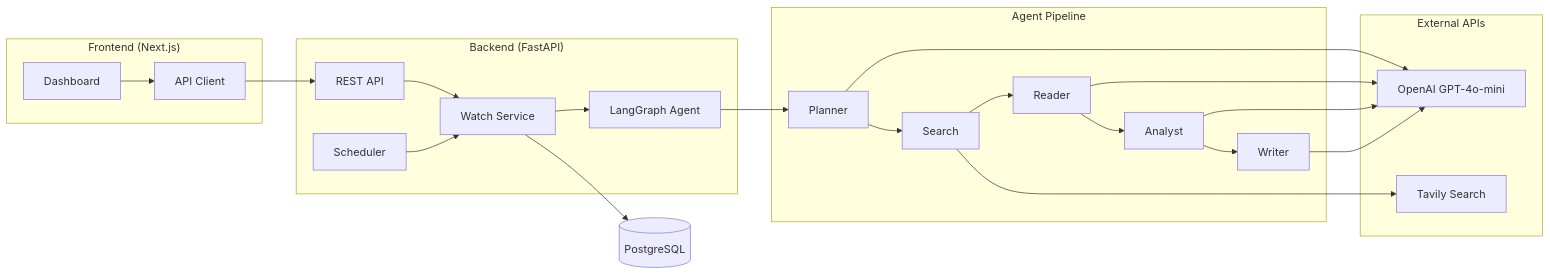
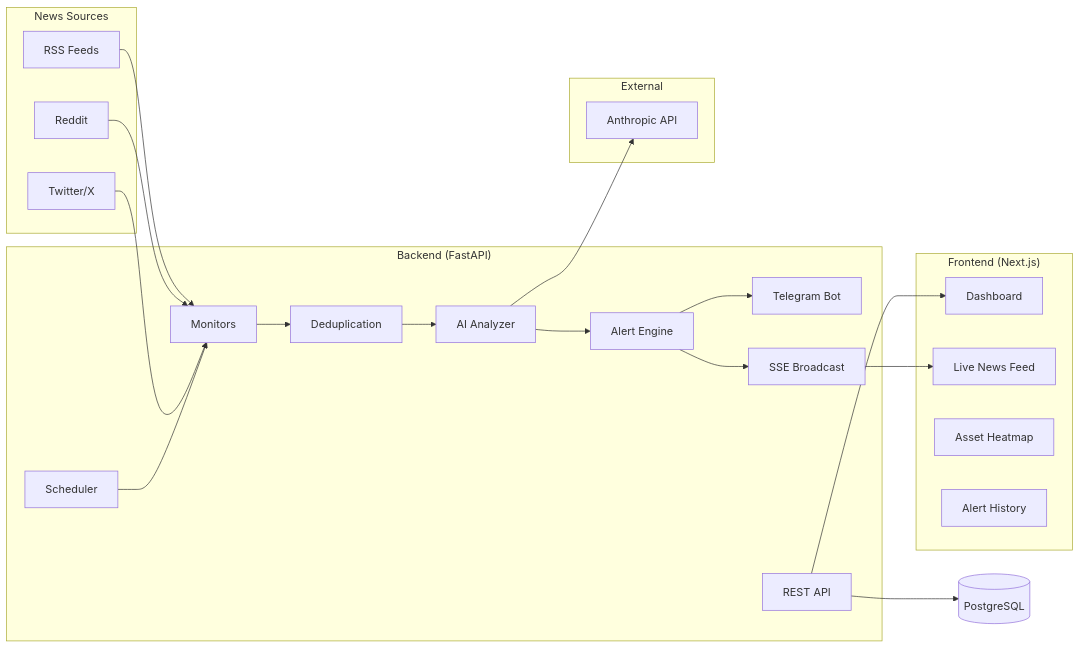
Before and after one commit to Xyness/Nexus: the diagram in README.md, drawn with Mermaid. The commit also changed other lines of this file and 67 other files, not shown here.

````diff
--- a/README.md
+++ b/README.md
@@ -22,33 +22,38 @@
 ```mermaid
 graph LR
-    subgraph Frontend ["Frontend (Next.js)"]
-        UI[Dashboard] --> API_CALL[API Client]
+    subgraph Sources ["News Sources"]
+        RSS[RSS Feeds]
+        RED[Reddit]
+        TW[Twitter/X]
     end
 
     subgraph Backend ["Backend (FastAPI)"]
-        API[REST API] --> SVC[Watch Service]
-        SVC --> AGENT[LangGraph Agent]
-        SCH[Scheduler] --> SVC
+        MON[Monitors] --> DEDUP[Deduplication]
+        DEDUP --> ANAL[AI Analyzer]
+        ANAL --> ALERT[Alert Engine]
+        ALERT --> TG[Telegram Bot]
+        ALERT --> SSE[SSE Broadcast]
+        API[REST API]
+        SCH[Scheduler]
     end
 
-    subgraph Agent ["Agent Pipeline"]
-        P[Planner] --> S[Search]
-        S --> R[Reader]
-        R --> A[Analyst]
-        A --> W[Writer]
+    subgraph Frontend ["Frontend (Next.js)"]
+        DASH[Dashboard]
+        FEED[Live News Feed]
+        HEAT[Asset Heatmap]
+        HIST[Alert History]
     end
 
-    subgraph External ["External APIs"]
-        LLM[OpenAI GPT-4o-mini]
-        SEARCH[Tavily Search]
+    subgraph External ["External"]
+        LLM[Anthropic API]
     end
 
-    API_CALL --> API
-    AGENT --> P
-    S --> SEARCH
-    P --> LLM
-    R --> LLM
-    A --> LLM
-    W --> LLM
-    SVC --> DB[(PostgreSQL)]
+    RSS --> MON
+    RED --> MON
+    TW --> MON
+    ANAL --> LLM
+    SSE --> FEED
+    API --> DASH
+    SCH --> MON
+    API --> DB[(PostgreSQL)]
 ```
````
